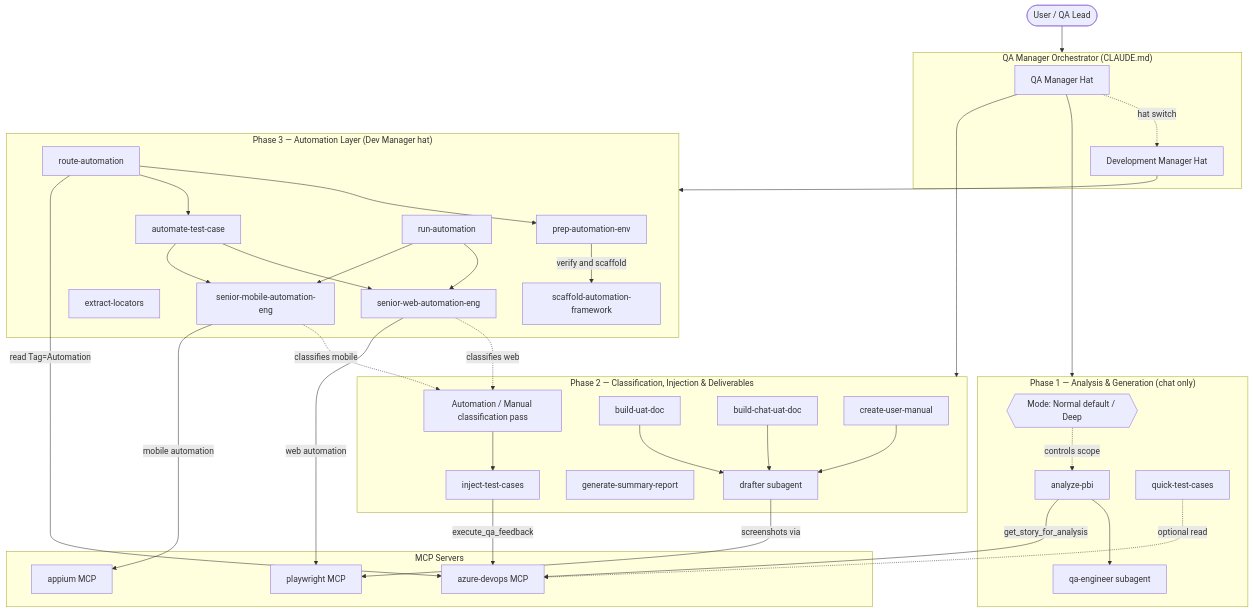
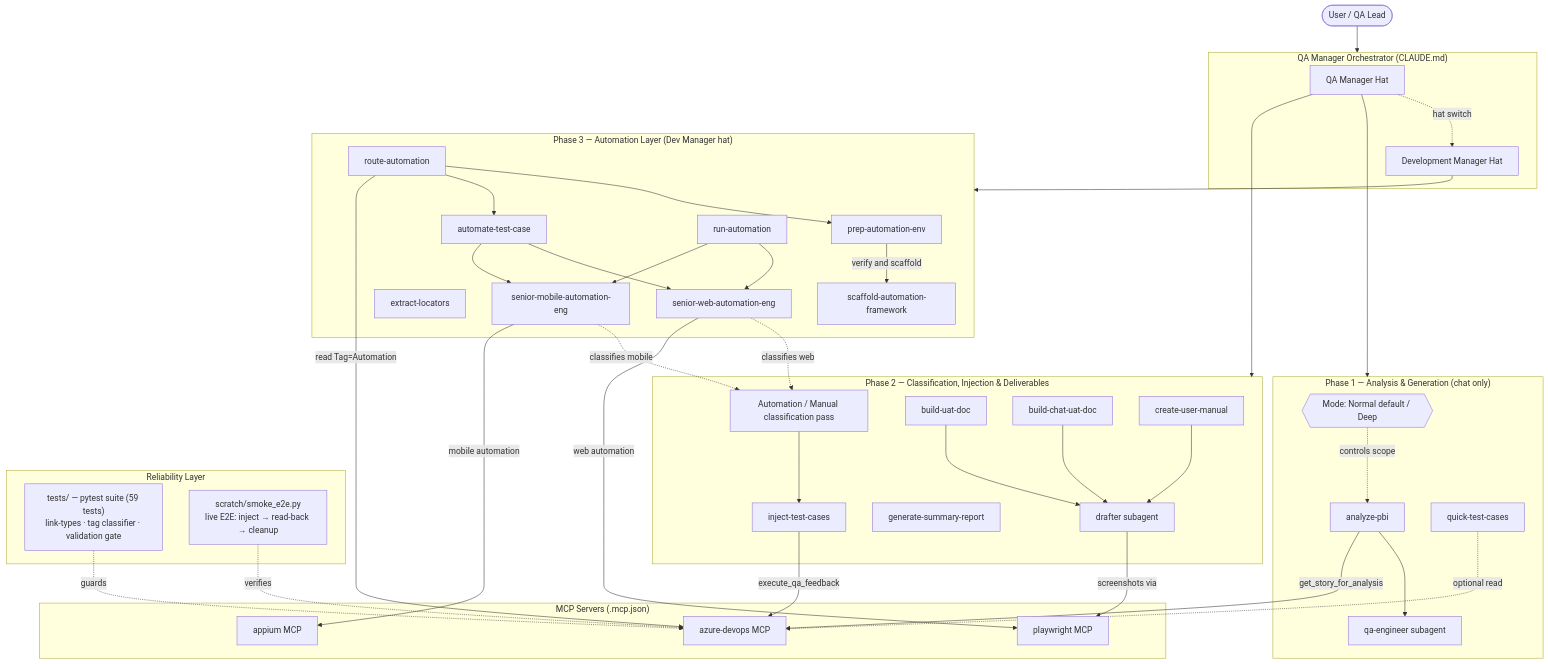
The diagram in README.md (hebasamir611hs-de/azure-mcp---Repo), drawn with Mermaid before and after one commit. The commit also changed other lines of this file and 6 other files, not shown here.

````diff
--- a/README.md
+++ b/README.md
@@ -31,73 +35,81 @@
 ```mermaid
 flowchart TB
     User([User / QA Lead])
 
     subgraph Brain["QA Manager Orchestrator (CLAUDE.md)"]
         QM[QA Manager Hat]
         DM[Development Manager Hat]
     end
 
     subgraph Phase1["Phase 1 — Analysis & Generation (chat only)"]
         Mode{{"Mode: Normal default / Deep"}}
         AP[analyze-pbi]
         QT[quick-test-cases]
         QE[qa-engineer subagent]
     end
 
     subgraph Phase2["Phase 2 — Classification, Injection & Deliverables"]
         CLS[Automation / Manual classification pass]
         IT[inject-test-cases]
         BUD[build-uat-doc]
         BCUD[build-chat-uat-doc]
         CUM[create-user-manual]
         GSR[generate-summary-report]
         DR[drafter subagent]
     end
 
     subgraph Phase3["Phase 3 — Automation Layer (Dev Manager hat)"]
         PAE[prep-automation-env]
         RA[route-automation]
         SAF[scaffold-automation-framework]
         EL[extract-locators]
         ATC[automate-test-case]
         RAU[run-automation]
         SWE[senior-web-automation-eng]
         SME[senior-mobile-automation-eng]
     end
 
-    subgraph MCPs["MCP Servers"]
+    subgraph MCPs["MCP Servers (.mcp.json)"]
         AZ[azure-devops MCP]
         AP_MCP[appium MCP]
         PW_MCP[playwright MCP]
     end
+
+    subgraph Quality["Reliability Layer"]
+        TESTS["tests/ — pytest suite (59 tests)<br/>link-types · tag classifier · validation gate"]
+        SMOKE["scratch/smoke_e2e.py<br/>live E2E: inject → read-back → cleanup"]
+    end
+
+    TESTS -.guards.-> AZ
+    SMOKE -.verifies.-> AZ
 
     User --> Brain
     QM --> Phase1
     Mode -.controls scope.-> AP
     AP --> QE
     QT -.optional read.-> AZ
     AP -- get_story_for_analysis --> AZ
 
     QM --> Phase2
     SWE -.classifies web.-> CLS
     SME -.classifies mobile.-> CLS
     CLS --> IT
     IT -- execute_qa_feedback --> AZ
     BUD --> DR
     BCUD --> DR
     CUM --> DR
     DR -- screenshots via --> PW_MCP
 
     QM -.hat switch.-> DM
     DM --> Phase3
     RA --> PAE
     PAE -- verify and scaffold --> SAF
     RA --> ATC
     ATC --> SWE
     ATC --> SME
     SWE -- web automation --> PW_MCP
     SME -- mobile automation --> AP_MCP
     RA -- read Tag=Automation --> AZ
     RAU --> SWE
     RAU --> SME
 ```
````
